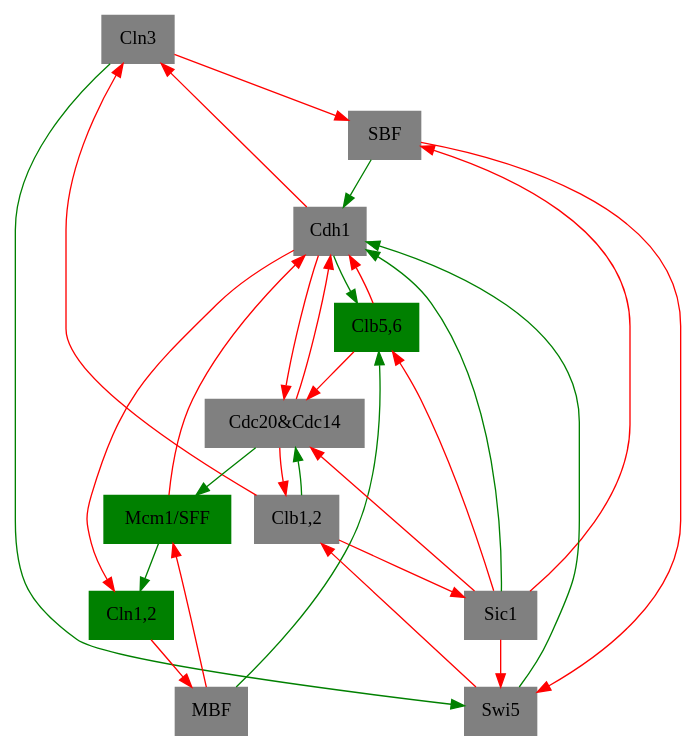
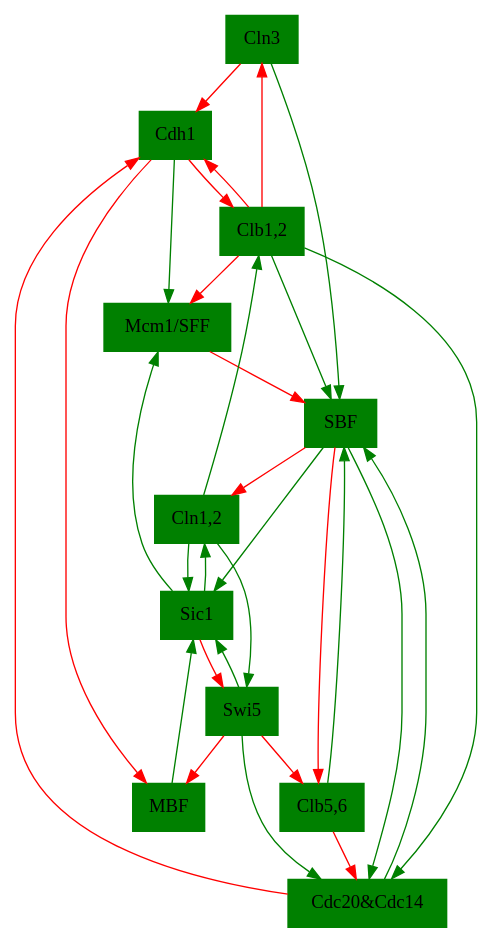
One commit to ellaqezi/cellCycle changed the diagram in random.gv. Above: the diagram before and after it, drawn with Graphviz. The commit also changed 2 other files, not shown here.

Commit message:
basins() cleanup; graph time series expression levels

```diff
--- a/random.gv
+++ b/random.gv
@@ -1,59 +1,61 @@
-digraph 00010001001  {
-"Cln3" [shape=box, color=gray, style=filled];
+digraph 11111111111  {
+"Cln3" [shape=box, color=green, style=filled];
 	edge [color=red]; 
-	"Cdh1" -> "Cln3";
 	"Clb1,2" -> "Cln3";
-"MBF" [shape=box, color=gray, style=filled];
+"MBF" [shape=box, color=green, style=filled];
 	edge [color=red]; 
-	"Cln1,2" -> "MBF";
-"SBF" [shape=box, color=gray, style=filled];
+	"Cdh1" -> "MBF";
+	"Swi5" -> "MBF";
+"SBF" [shape=box, color=green, style=filled];
+	edge [color=green]; 
+	"Cdc20&Cdc14" -> "SBF";
+	"Clb1,2" -> "SBF";
+	"Clb5,6" -> "SBF";
+	"Cln3" -> "SBF";
 	edge [color=red]; 
-	"Cln3" -> "SBF";
-	"Sic1" -> "SBF";
+	"Mcm1/SFF" -> "SBF";
 "Cln1,2" [shape=box, color=green, style=filled];
 	edge [color=green]; 
-	"Mcm1/SFF" -> "Cln1,2";
+	"Sic1" -> "Cln1,2";
 	edge [color=red]; 
-	"Cdh1" -> "Cln1,2";
-"Cdh1" [shape=box, color=gray, style=filled];
-	edge [color=green]; 
-	"SBF" -> "Cdh1";
-	"Sic1" -> "Cdh1";
-	"Swi5" -> "Cdh1";
+	"SBF" -> "Cln1,2";
+"Cdh1" [shape=box, color=green, style=filled];
 	edge [color=red]; 
 	"Cdc20&Cdc14" -> "Cdh1";
-	"Clb5,6" -> "Cdh1";
-	"Mcm1/SFF" -> "Cdh1";
-"Swi5" [shape=box, color=gray, style=filled];
+	"Clb1,2" -> "Cdh1";
+	"Cln3" -> "Cdh1";
+"Swi5" [shape=box, color=green, style=filled];
 	edge [color=green]; 
-	"Cln3" -> "Swi5";
+	"Cln1,2" -> "Swi5";
 	edge [color=red]; 
-	"SBF" -> "Swi5";
 	"Sic1" -> "Swi5";
-"Cdc20&Cdc14" [shape=box, color=gray, style=filled];
+"Cdc20&Cdc14" [shape=box, color=green, style=filled];
 	edge [color=green]; 
 	"Clb1,2" -> "Cdc20&Cdc14";
+	"SBF" -> "Cdc20&Cdc14";
+	"Swi5" -> "Cdc20&Cdc14";
 	edge [color=red]; 
-	"Cdh1" -> "Cdc20&Cdc14";
 	"Clb5,6" -> "Cdc20&Cdc14";
-	"Sic1" -> "Cdc20&Cdc14";
 "Clb5,6" [shape=box, color=green, style=filled];
+	edge [color=red]; 
+	"SBF" -> "Clb5,6";
+	"Swi5" -> "Clb5,6";
+"Sic1" [shape=box, color=green, style=filled];
 	edge [color=green]; 
-	"Cdh1" -> "Clb5,6";
-	"MBF" -> "Clb5,6";
+	"Cln1,2" -> "Sic1";
+	"MBF" -> "Sic1";
+	"SBF" -> "Sic1";
+	"Swi5" -> "Sic1";
+"Clb1,2" [shape=box, color=green, style=filled];
+	edge [color=green]; 
+	"Cln1,2" -> "Clb1,2";
 	edge [color=red]; 
-	"Sic1" -> "Clb5,6";
-"Sic1" [shape=box, color=gray, style=filled];
-	edge [color=red]; 
-	"Clb1,2" -> "Sic1";
-"Clb1,2" [shape=box, color=gray, style=filled];
-	edge [color=red]; 
-	"Cdc20&Cdc14" -> "Clb1,2";
-	"Swi5" -> "Clb1,2";
+	"Cdh1" -> "Clb1,2";
 "Mcm1/SFF" [shape=box, color=green, style=filled];
 	edge [color=green]; 
-	"Cdc20&Cdc14" -> "Mcm1/SFF";
+	"Cdh1" -> "Mcm1/SFF";
+	"Sic1" -> "Mcm1/SFF";
 	edge [color=red]; 
-	"MBF" -> "Mcm1/SFF";
+	"Clb1,2" -> "Mcm1/SFF";
 
 }
```
